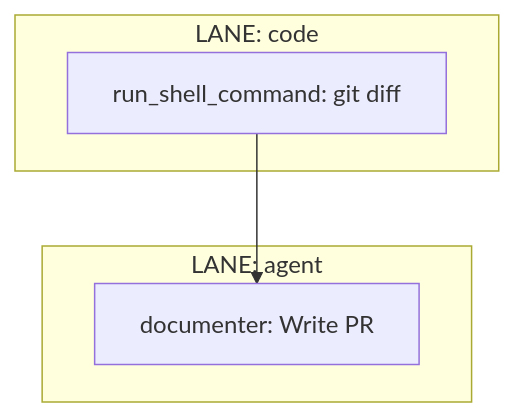
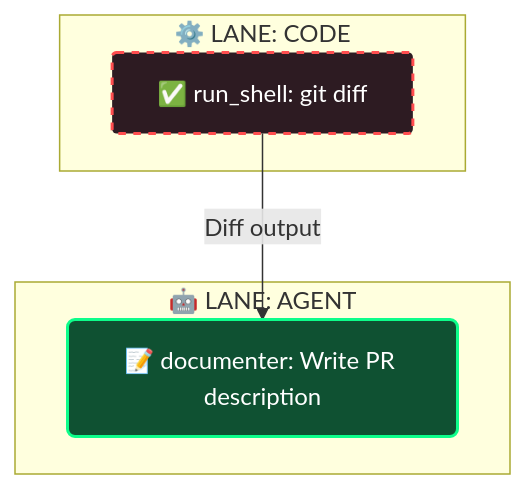
One commit to saulfernandez-me/agno-self-contain-software-factor changed the diagram in templates/apf_scaffold/workflows/document_changes/graph.mermaid. Above: the diagram before and after it, drawn with Mermaid. The commit also changed 14 other files, not shown here.

Commit message:
refactor: upgrade all workflow diagrams to the APF Mermaid v2.0 visual standard

```diff
--- a/templates/apf_scaffold/workflows/document_changes/graph.mermaid
+++ b/templates/apf_scaffold/workflows/document_changes/graph.mermaid
@@ -1,8 +1,14 @@
 graph TD
-    subgraph "LANE: code"
-        DIFF["run_shell_command: git diff"]:::code
+    %% APF Color Palette
+    classDef agent fill:#0f5132,stroke:#0dfd8a,stroke-width:2px,color:#fff,rx:5px,ry:5px
+    classDef code fill:#2d1b22,stroke:#ff4d4f,stroke-width:2px,color:#fff,stroke-dasharray:5 5,rx:3px,ry:3px
+
+    subgraph "⚙️ LANE: CODE"
+        DIFF["✅ run_shell: git diff"]:::code
     end
-    subgraph "LANE: agent"
-        DOCS["documenter: Write PR"]:::agent
+    
+    subgraph "🤖 LANE: AGENT"
+        DOC["📝 documenter: Write PR description"]:::agent
     end
-    DIFF --> DOCS
+    
+    DIFF -->|Diff output| DOC
```
